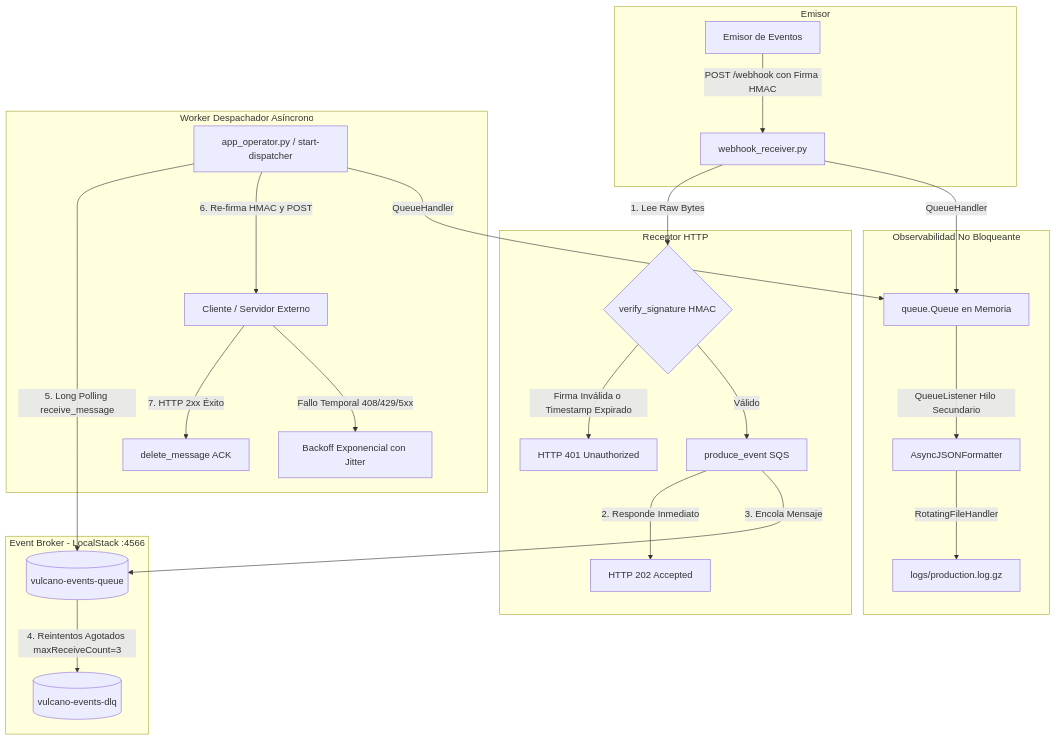
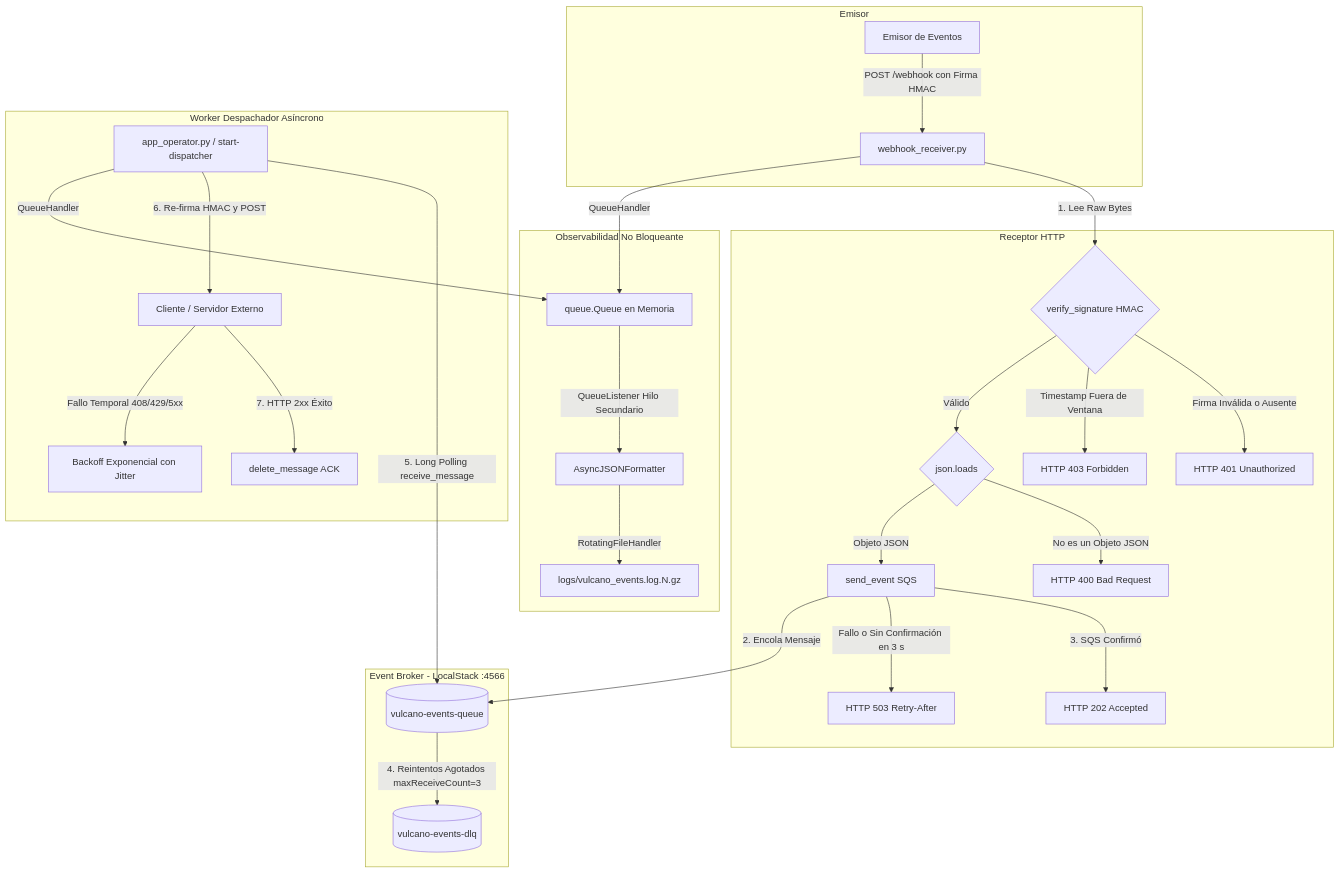
The diagram in README-vulcano.md (crescendollow/vulcano-pay), drawn with Mermaid before and after one commit. The commit also changed other lines of this file, not shown here.

````diff
--- a/README-vulcano.md
+++ b/README-vulcano.md
@@ -14,31 +14,35 @@
 ```mermaid
 flowchart TD
     subgraph Emisor
         A[Emisor de Eventos] -->|POST /webhook con Firma HMAC| B[webhook_receiver.py]
     end
 
     subgraph Receptor HTTP
         B -->|1. Lee Raw Bytes| C{verify_signature HMAC}
-        C -->|Firma Inválida o Timestamp Expirado| D[HTTP 401 Unauthorized]
-        C -->|Válido| E[produce_event SQS]
-        E -->|2. Responde Inmediato| F[HTTP 202 Accepted]
+        C -->|Firma Inválida o Ausente| D[HTTP 401 Unauthorized]
+        C -->|Timestamp Fuera de Ventana| D2[HTTP 403 Forbidden]
+        C -->|Válido| V{json.loads}
+        V -->|No es un Objeto JSON| D3[HTTP 400 Bad Request]
+        V -->|Objeto JSON| E[send_event SQS]
+        E -->|3. SQS Confirmó| F[HTTP 202 Accepted]
+        E -->|Fallo o Sin Confirmación en 3 s| D4[HTTP 503 Retry-After]
     end
 
     subgraph Event Broker - LocalStack :4566
-        E -->|3. Encola Mensaje| G[(vulcano-events-queue)]
+        E -->|2. Encola Mensaje| G[(vulcano-events-queue)]
         G -->|4. Reintentos Agotados maxReceiveCount=3| H[(vulcano-events-dlq)]
     end
 
     subgraph Worker Despachador Asíncrono
         I[app_operator.py / start-dispatcher] -->|5. Long Polling receive_message| G
         I -->|6. Re-firma HMAC y POST| J[Cliente / Servidor Externo]
         J -->|7. HTTP 2xx Éxito| K[delete_message ACK]
         J -->|Fallo Temporal 408/429/5xx| L[Backoff Exponencial con Jitter]
     end
 
     subgraph Observabilidad No Bloqueante
         B & I -->|QueueHandler| M[queue.Queue en Memoria]
         M -->|QueueListener Hilo Secundario| N[AsyncJSONFormatter]
-        N -->|RotatingFileHandler| O[logs/production.log.gz]
+        N -->|RotatingFileHandler| O[logs/vulcano_events.log.N.gz]
     end
 ```
````
